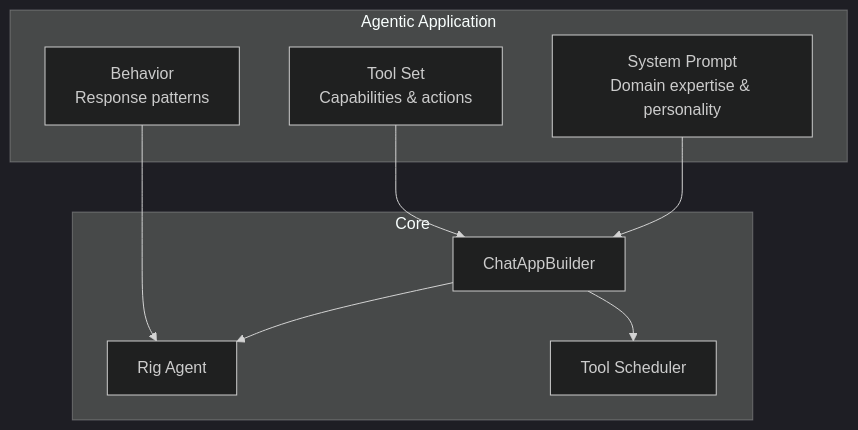
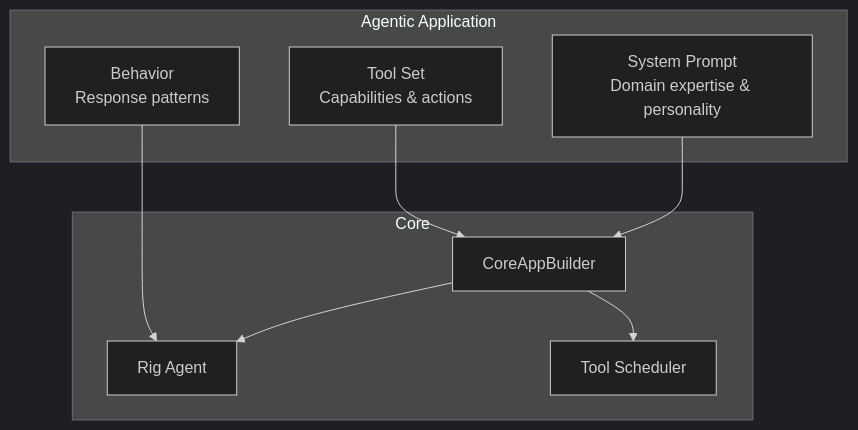
The first of 6 diagrams in docs/guides/agentic-app.md (aomi-labs/product-mono), drawn with Mermaid (dark theme) before and after one commit. The commit also changed other lines of this file and 20 other files, not shown here.

````diff
--- a/docs/guides/agentic-app.md
+++ b/docs/guides/agentic-app.md
@@ -7,20 +7,20 @@
 ```mermaid
 flowchart TB
     subgraph "Agentic Application"
         PREAMBLE[System Prompt<br/>Domain expertise & personality]
         TOOLS[Tool Set<br/>Capabilities & actions]
         BEHAVIOR[Behavior<br/>Response patterns]
     end
 
     subgraph "Core"
-        BUILDER[ChatAppBuilder]
+        BUILDER[CoreAppBuilder]
         AGENT[Rig Agent]
         SCHED[Tool Scheduler]
     end
 
     PREAMBLE --> BUILDER
     TOOLS --> BUILDER
     BUILDER --> AGENT
     BUILDER --> SCHED
     BEHAVIOR --> AGENT
 ```
````
